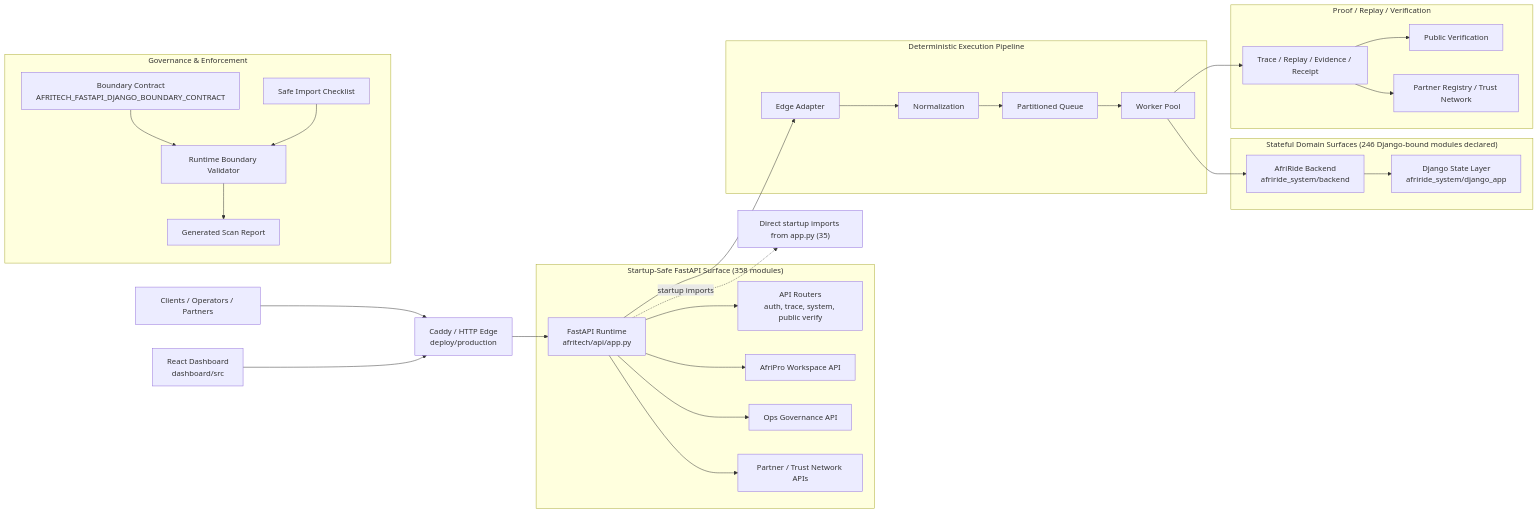
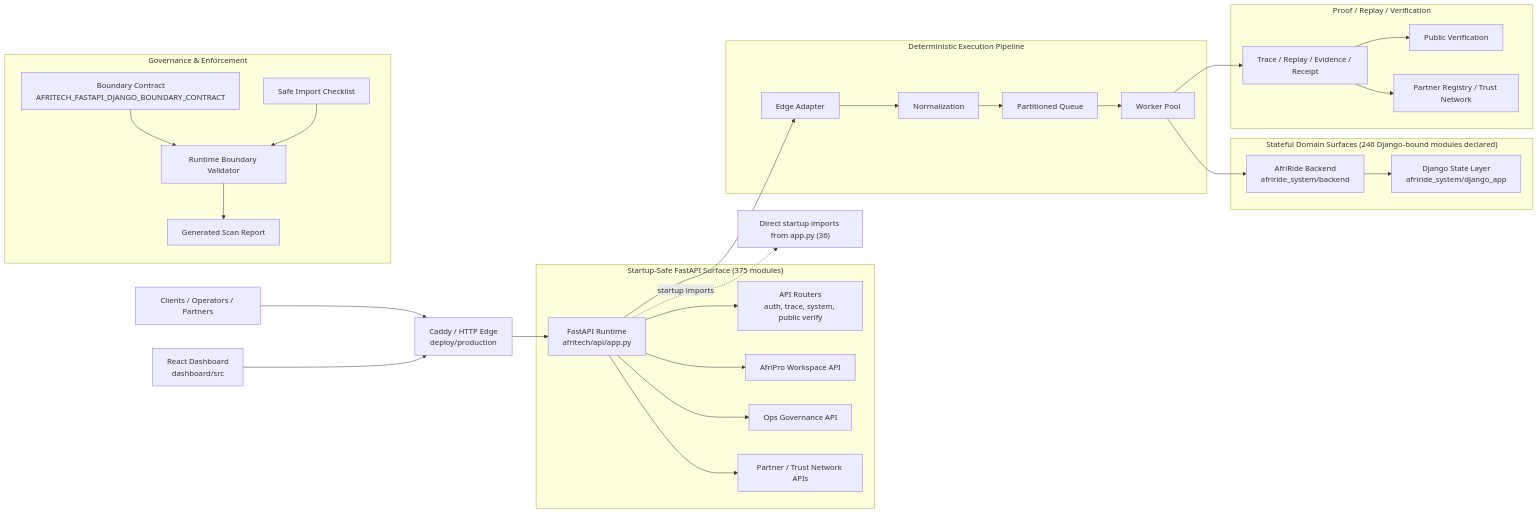
One commit to Strelly2023/afritelematics changed the first of 2 diagrams in docs/architecture/AFRITECH_FULL_ARCHITECTURE_GRAPH.md. Above: the diagram before and after it, drawn with Mermaid. The commit also changed other lines of this file and 67 other files, not shown here.

````diff
--- a/docs/architecture/AFRITECH_FULL_ARCHITECTURE_GRAPH.md
+++ b/docs/architecture/AFRITECH_FULL_ARCHITECTURE_GRAPH.md
@@ -22,39 +22,39 @@
 ```mermaid
 flowchart LR
     Client["Clients / Operators / Partners"] --> Edge["Caddy / HTTP Edge\ndeploy/production"]
     Dashboard["React Dashboard\ndashboard/src"] --> Edge
     Edge --> App["FastAPI Runtime\nafritech/api/app.py"]
 
-    subgraph FastAPI["Startup-Safe FastAPI Surface (358 modules)"]
+    subgraph FastAPI["Startup-Safe FastAPI Surface (375 modules)"]
         App --> Api["API Routers\nauth, trace, system, public verify"]
         App --> Workspace["AfriPro Workspace API"]
         App --> Governance["Ops Governance API"]
         App --> Trust["Partner / Trust Network APIs"]
     end
 
     subgraph Pipeline["Deterministic Execution Pipeline"]
         App --> Adapt["Edge Adapter"]
         Adapt --> Normalize["Normalization"]
         Normalize --> Queue["Partitioned Queue"]
         Queue --> Worker["Worker Pool"]
     end
 
     subgraph State["Stateful Domain Surfaces (246 Django-bound modules declared)"]
         Worker --> Domain["AfriRide Backend\nafriride_system/backend"]
         Domain --> Django["Django State Layer\nafriride_system/django_app"]
     end
 
     subgraph Proof["Proof / Replay / Verification"]
         Worker --> Trace["Trace / Replay / Evidence / Receipt"]
         Trace --> Public["Public Verification"]
         Trace --> Registry["Partner Registry / Trust Network"]
     end
 
     subgraph GovernancePlane["Governance & Enforcement"]
         Contract["Boundary Contract\nAFRITECH_FASTAPI_DJANGO_BOUNDARY_CONTRACT"] --> Validator["Runtime Boundary Validator"]
         Checklist["Safe Import Checklist"] --> Validator
         Validator --> Review["Generated Scan Report"]
     end
 
-    App -. startup imports .-> Imports["Direct startup imports from app.py (35)"]
+    App -. startup imports .-> Imports["Direct startup imports from app.py (36)"]
 ```
````
